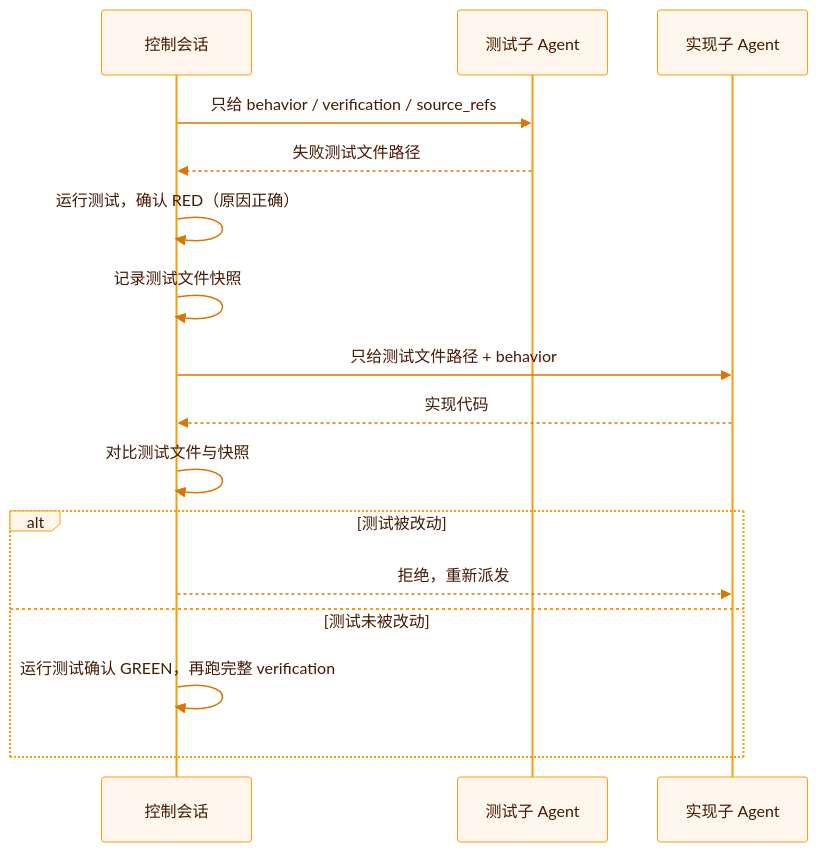
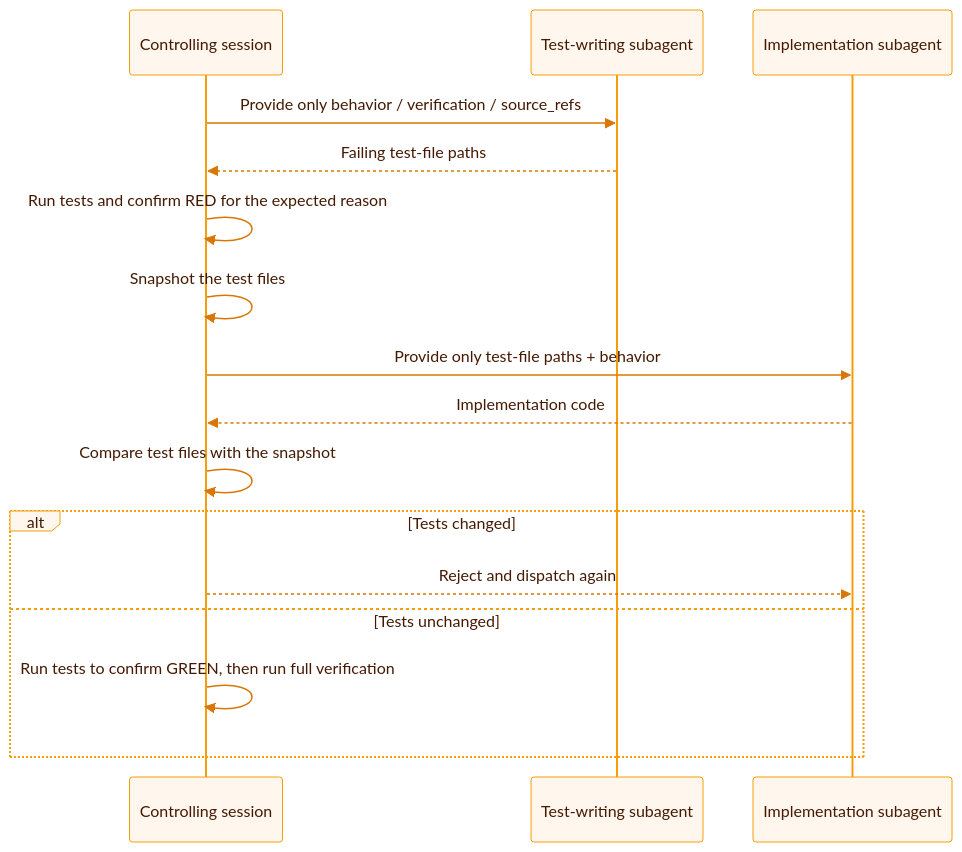
Before and after one commit to Caesarlo/SDLC-Harness-docs: the second of 2 diagrams in concepts/why-sdlc-harness.mdx, drawn with Mermaid. The commit also changed other lines of this file and 64 other files, not shown here.

````diff
--- a/concepts/why-sdlc-harness.mdx
+++ b/concepts/why-sdlc-harness.mdx
@@ -49,20 +49,20 @@
 ```mermaid placement="top-right" actions={true}
 %%{init: {"theme": "base", "themeVariables": {"fontFamily": "Inter, ui-sans-serif, system-ui, sans-serif", "primaryColor": "#FFF7ED", "primaryBorderColor": "#F59E0B", "primaryTextColor": "#451A03", "lineColor": "#D97706", "actorBkg": "#FFF7ED", "actorBorder": "#F59E0B", "actorTextColor": "#451A03", "signalColor": "#D97706", "signalTextColor": "#451A03", "noteBkgColor": "#FFFBEB", "noteBorderColor": "#F59E0B", "noteTextColor": "#451A03", "activationBkgColor": "#ECFDF5", "activationBorderColor": "#10B981"}}}%%
 sequenceDiagram
-  participant Ctrl as 控制会话
-  participant Writer as 测试子 Agent
-  participant Impl as 实现子 Agent
+  participant Ctrl as Controlling session
+  participant Writer as Test-writing subagent
+  participant Impl as Implementation subagent
 
-  Ctrl->>Writer: 只给 behavior / verification / source_refs
-  Writer-->>Ctrl: 失败测试文件路径
-  Ctrl->>Ctrl: 运行测试，确认 RED（原因正确）
-  Ctrl->>Ctrl: 记录测试文件快照
-  Ctrl->>Impl: 只给测试文件路径 + behavior
-  Impl-->>Ctrl: 实现代码
-  Ctrl->>Ctrl: 对比测试文件与快照
-  alt 测试被改动
-    Ctrl-->>Impl: 拒绝，重新派发
-  else 测试未被改动
-    Ctrl->>Ctrl: 运行测试确认 GREEN，再跑完整 verification
+  Ctrl->>Writer: Provide only behavior / verification / source_refs
+  Writer-->>Ctrl: Failing test-file paths
+  Ctrl->>Ctrl: Run tests and confirm RED for the expected reason
+  Ctrl->>Ctrl: Snapshot the test files
+  Ctrl->>Impl: Provide only test-file paths + behavior
+  Impl-->>Ctrl: Implementation code
+  Ctrl->>Ctrl: Compare test files with the snapshot
+  alt Tests changed
+    Ctrl-->>Impl: Reject and dispatch again
+  else Tests unchanged
+    Ctrl->>Ctrl: Run tests to confirm GREEN, then run full verification
   end
 ```
````
